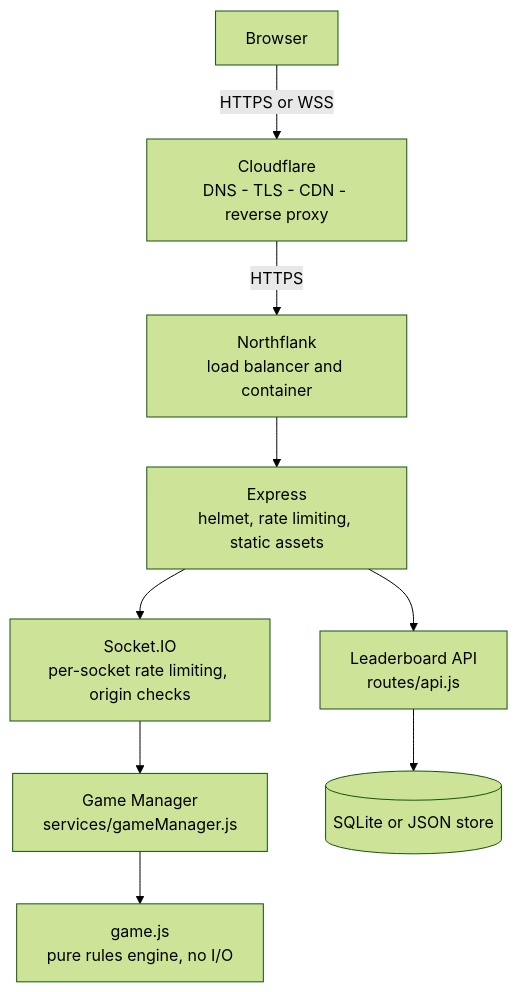
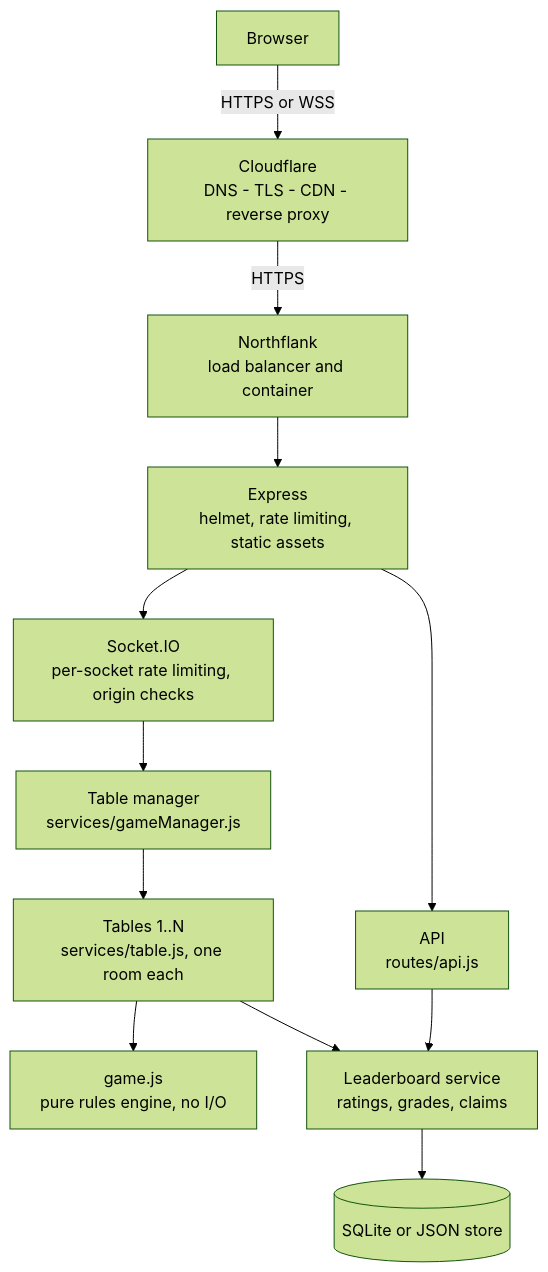
The first of 8 diagrams in README.md (MythKid/omi-multiplayer), drawn with Mermaid (forest theme) before and after one commit. The commit also changed other lines of this file and 6 other files, not shown here.

First line of the commit message:
Document tables, chat, table rules and ratings; review fixes

````diff
--- a/README.md
+++ b/README.md
@@ -105,11 +115,14 @@
 ```mermaid
 flowchart TD
     A[Browser] -->|HTTPS or WSS| B["Cloudflare<br/>DNS - TLS - CDN - reverse proxy"]
     B -->|HTTPS| C["Northflank<br/>load balancer and container"]
     C --> D["Express<br/>helmet, rate limiting, static assets"]
     D --> E["Socket.IO<br/>per-socket rate limiting, origin checks"]
-    E --> F["Game Manager<br/>services/gameManager.js"]
-    F --> G["game.js<br/>pure rules engine, no I/O"]
-    D --> H["Leaderboard API<br/>routes/api.js"]
-    H --> I[("SQLite or JSON store")]
+    E --> F["Table manager<br/>services/gameManager.js"]
+    F --> T["Tables 1..N<br/>services/table.js, one room each"]
+    T --> G["game.js<br/>pure rules engine, no I/O"]
+    T --> L["Leaderboard service<br/>ratings, grades, claims"]
+    D --> H["API<br/>routes/api.js"]
+    H --> L
+    L --> I[("SQLite or JSON store")]
 ```
````
